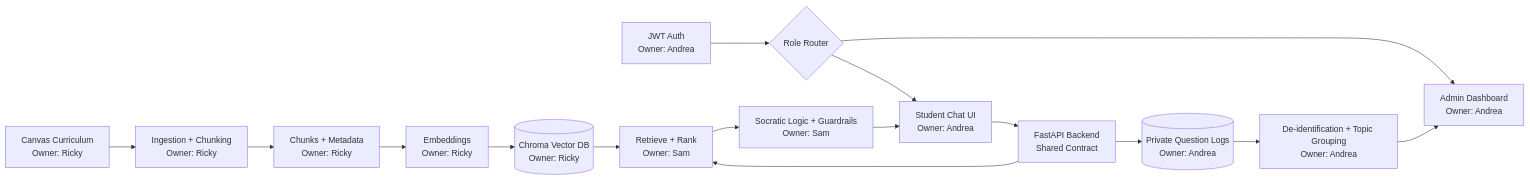
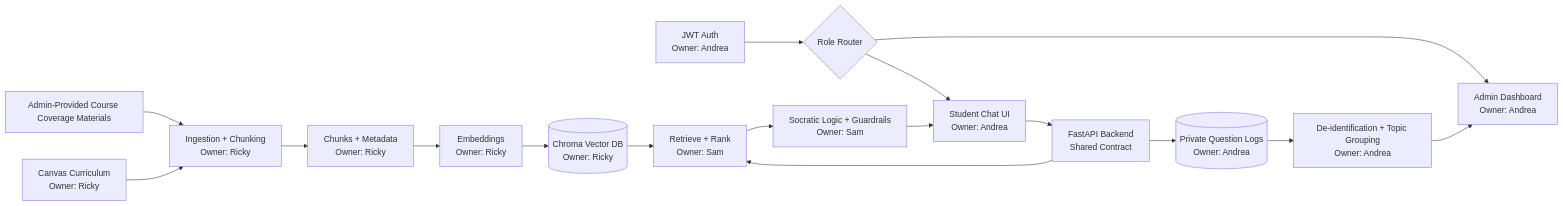
The diagram in ARCHITECTURE_SKETCH.md (Andreachurchwell/team1-aiseHackathon), drawn with Mermaid before and after one commit. The commit also changed other lines of this file and 7 other files, not shown here.

````diff
--- a/ARCHITECTURE_SKETCH.md
+++ b/ARCHITECTURE_SKETCH.md
@@ -5,20 +5,21 @@
 ```mermaid
 graph LR
-  Docs[Canvas Curriculum<br/>Owner: Ricky] --> Ingest[Ingestion + Chunking<br/>Owner: Ricky]
+  AdminMaterials[Admin-Provided Course Coverage Materials] --> Ingest[Ingestion + Chunking<br/>Owner: Ricky]
+  Docs[Canvas Curriculum<br/>Owner: Ricky] --> Ingest
   Ingest --> Chunks[Chunks + Metadata<br/>Owner: Ricky]
   Chunks --> Embed[Embeddings<br/>Owner: Ricky]
   Embed --> Chroma[(Chroma Vector DB<br/>Owner: Ricky)]
 
   Login[JWT Auth<br/>Owner: Andrea] --> Roles{Role Router}
   Roles --> Student[Student Chat UI<br/>Owner: Andrea]
   Roles --> Admin[Admin Dashboard<br/>Owner: Andrea]
 
   Student --> API[FastAPI Backend<br/>Shared Contract]
   API --> RAG[Retrieve + Rank<br/>Owner: Sam]
   Chroma --> RAG
   RAG --> Guardrails[Socratic Logic + Guardrails<br/>Owner: Sam]
   Guardrails --> Student
   API --> Logs[(Private Question Logs<br/>Owner: Andrea)]
   Logs --> Privacy[De-identification + Topic Grouping<br/>Owner: Andrea]
   Privacy --> Admin
 ```
````
